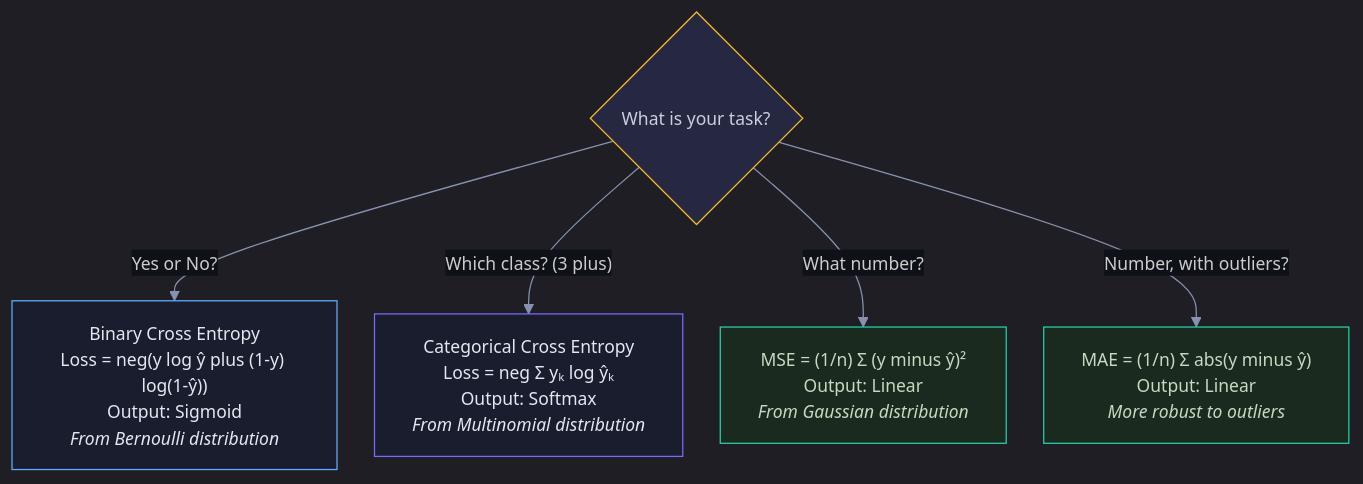
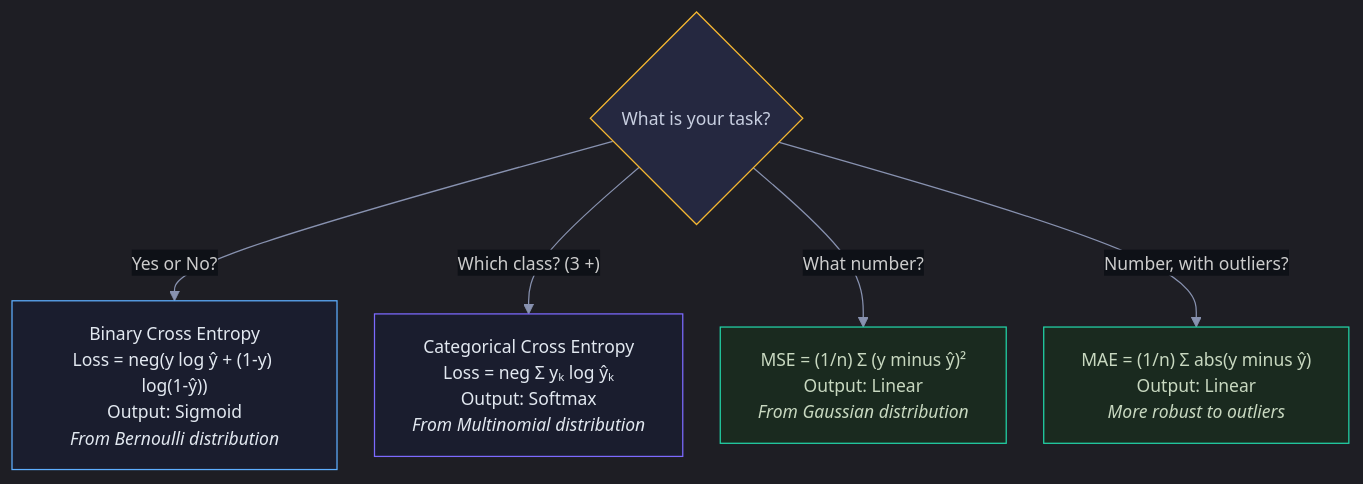
Before and after one commit to snehith1234/StudyCircle: diagram 14 of 18 in Documents/Visual_Guides/Deep_Learning/Neural_Network_Fundamentals_Visual.md, drawn with Mermaid. The commit also changed other lines of this file and 10 other files, not shown here.

First line of the commit message:
Fix Mermaid formatting and add RNN/LSTM guides

````diff
--- a/Documents/Visual_Guides/Deep_Learning/Neural_Network_Fundamentals_Visual.md
+++ b/Documents/Visual_Guides/Deep_Learning/Neural_Network_Fundamentals_Visual.md
@@ -368,15 +368,15 @@
 ```mermaid
 %%{init: {'theme': 'dark', 'themeVariables': {'darkMode': true, 'background': '#0e1117', 'primaryColor': '#1a1d2e', 'primaryTextColor': '#e2e8f0', 'primaryBorderColor': '#2d3148', 'lineColor': '#8892b0', 'secondaryColor': '#252840', 'tertiaryColor': '#1a1d2e', 'fontSize': '14px', 'edgeLabelBackground': '#0e1117'}, 'flowchart': {'nodeSpacing': 30, 'rankSpacing': 40, 'padding': 15, 'htmlLabels': true}}}%%
 graph TD
     TASK{"What is your task?"}
-    TASK -->|"Yes or No?"| BCE["Binary Cross Entropy<br/>Loss = neg(y log ŷ plus (1-y) log(1-ŷ))<br/>Output: Sigmoid<br/><i>From Bernoulli distribution</i>"]
-    TASK -->|"Which class? (3 plus)"| CCE["Categorical Cross Entropy<br/>Loss = neg Σ yₖ log ŷₖ<br/>Output: Softmax<br/><i>From Multinomial distribution</i>"]
+    TASK -->|"Yes or No?"| BCE["Binary Cross Entropy<br/>Loss = neg(y log ŷ + (1-y) log(1-ŷ))<br/>Output: Sigmoid<br/><i>From Bernoulli distribution</i>"]
+    TASK -->|"Which class? (3 +)"| CCE["Categorical Cross Entropy<br/>Loss = neg Σ yₖ log ŷₖ<br/>Output: Softmax<br/><i>From Multinomial distribution</i>"]
     TASK -->|"What number?"| MSE["MSE = (1/n) Σ (y minus ŷ)²<br/>Output: Linear<br/><i>From Gaussian distribution</i>"]
     TASK -->|"Number, with outliers?"| MAE["MAE = (1/n) Σ abs(y minus ŷ)<br/>Output: Linear<br/><i>More robust to outliers</i>"]
 
     style TASK fill:#252840,stroke:#f5b731,color:#c8cfe0
     style BCE fill:#1a1d2e,stroke:#5eaeff,color:#e2e8f0
     style CCE fill:#1a1d2e,stroke:#7c6aff,color:#e2e8f0
     style MSE fill:#1a2a1f,stroke:#22d3a7,color:#c8d8c0
     style MAE fill:#1a2a1f,stroke:#22d3a7,color:#c8d8c0
 ```
````
